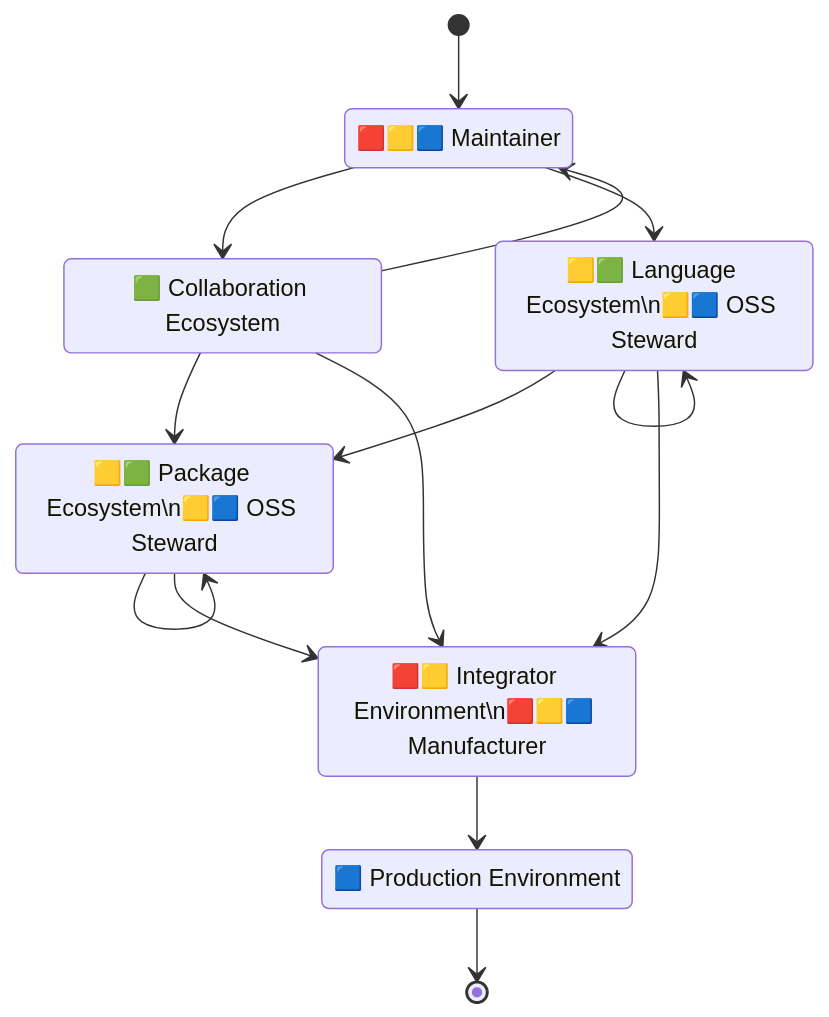
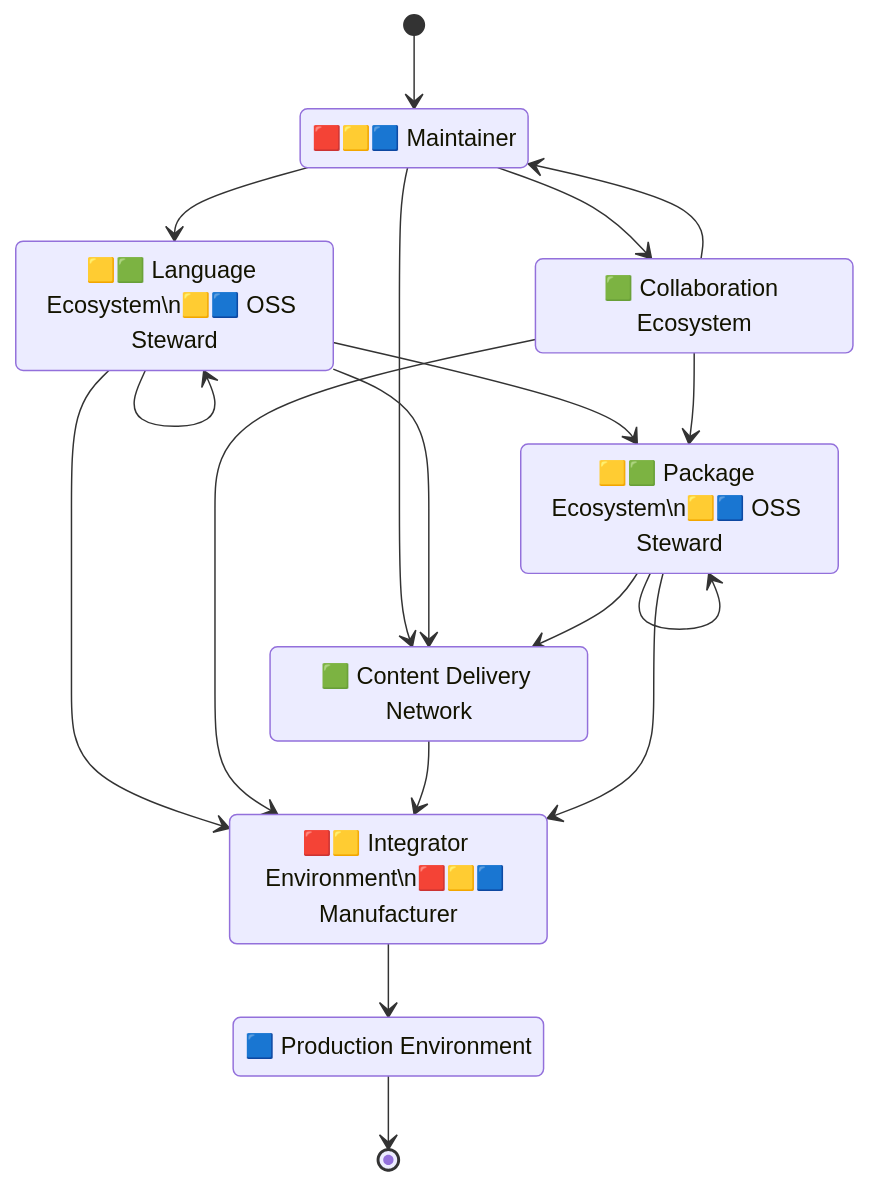
Before and after one commit to CPAN-Security/security.metacpan.org: the first of 3 diagrams in docs/supplychain-sbom.md, drawn with Mermaid. The commit also changed other lines of this file, not shown here.

Commit message:
Propose addition of a CDN to the (simple) supply chain graph

````diff
--- a/docs/supplychain-sbom.md
+++ b/docs/supplychain-sbom.md
@@ -38,27 +38,32 @@
 ```mermaid
 stateDiagram-v2
     direction TB
 
     state "🟥🟨🟦 Maintainer" as environment_maintainer
     state "🟩 Collaboration Ecosystem" as ecosystem_repo
     state "🟨🟩 Language Ecosystem\n🟨🟦 OSS Steward" as ecosystem_lang
     state "🟨🟩 Package Ecosystem\n🟨🟦 OSS Steward" as ecosystem_package
+    state "🟩 Content Delivery Network" as network_delivery
     state "🟥🟨 Integrator Environment\n🟥🟨🟦 Manufacturer" as environment_integrator
     state "🟦 Production Environment" as environment_prod
 
 
     [*] --> environment_maintainer
     environment_maintainer --> ecosystem_repo
     environment_maintainer --> ecosystem_lang
-    ecosystem_repo --> environment_maintainer
+    environment_maintainer --> network_delivery
     ecosystem_lang --> ecosystem_package
     ecosystem_lang --> ecosystem_lang
+    ecosystem_lang --> network_delivery
     ecosystem_lang --> environment_integrator
+    ecosystem_repo --> environment_maintainer
     ecosystem_repo --> ecosystem_package
     ecosystem_repo --> environment_integrator
     ecosystem_package --> ecosystem_package
+    ecosystem_package --> network_delivery
+    network_delivery --> environment_integrator
     ecosystem_package --> environment_integrator
     environment_integrator --> environment_prod
     environment_prod --> [*]
 
 ```
````
